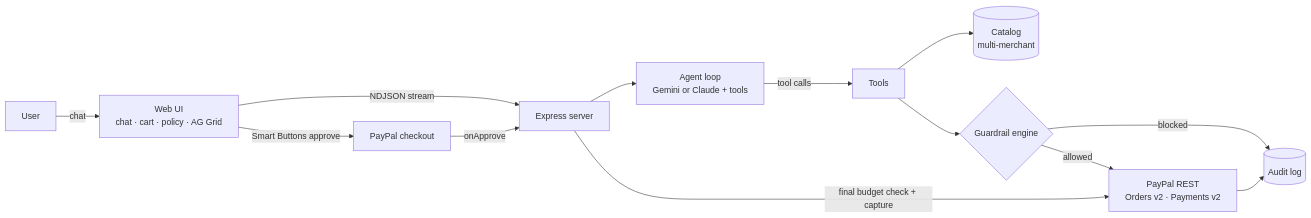
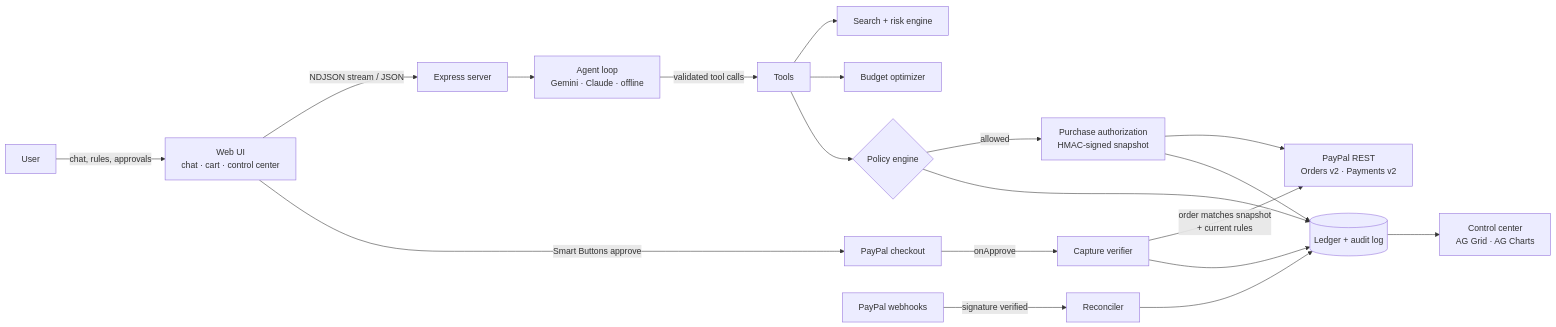
The first of 2 diagrams in README.md (sanjaysaini383/paypal), drawn with Mermaid before and after one commit. The commit also changed other lines of this file and 8 other files, not shown here.

````diff
--- a/README.md
+++ b/README.md
@@ -67,14 +70,18 @@
 ```mermaid
 flowchart LR
-  U[User] -->|chat| UI[Web UI<br/>chat · cart · policy · AG Grid]
-  UI -->|NDJSON stream| S[Express server]
-  S --> A[Agent loop<br/>Gemini or Claude + tools]
-  A -->|tool calls| T[Tools]
-  T --> C[(Catalog<br/>multi-merchant)]
-  T --> G{Guardrail engine}
-  G -->|allowed| P[PayPal REST<br/>Orders v2 · Payments v2]
-  G -->|blocked| L[(Audit log)]
-  P --> L
+  U[User] -->|chat, rules, approvals| UI[Web UI<br/>chat · cart · control center]
+  UI -->|NDJSON stream / JSON| S[Express server]
+  S --> A[Agent loop<br/>Gemini · Claude · offline]
+  A -->|validated tool calls| T[Tools]
+  T --> SR[Search + risk engine]
+  T --> O[Budget optimizer]
+  T --> G{Policy engine}
+  G -->|allowed| AU[Purchase authorization<br/>HMAC-signed snapshot]
+  AU --> P[PayPal REST<br/>Orders v2 · Payments v2]
   UI -->|Smart Buttons approve| PP[PayPal checkout]
-  PP -->|onApprove| S -->|final budget check + capture| P
+  PP -->|onApprove| C[Capture verifier]
+  C -->|order matches snapshot<br/>+ current rules| P
+  WH[PayPal webhooks] -->|signature verified| R[Reconciler]
+  G & AU & C & R --> L[(Ledger + audit log)]
+  L --> CC[Control center<br/>AG Grid · AG Charts]
 ```
````
